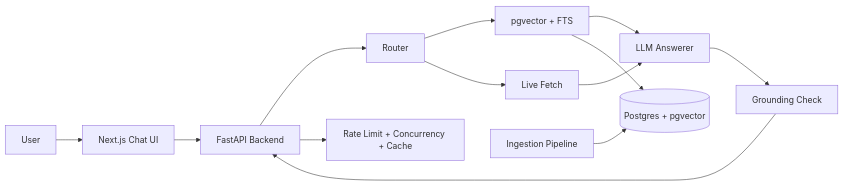
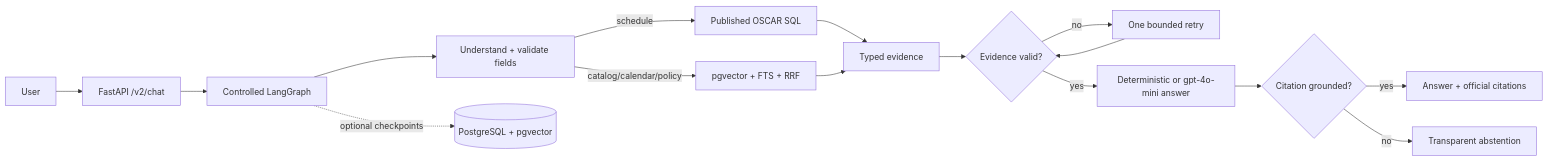
One commit to tkim602/BuzzBot-backend changed the diagram in README.md. Above: the diagram before and after it, drawn with Mermaid. The commit also changed other lines of this file and 6 other files, not shown here.

````diff
--- a/README.md
+++ b/README.md
@@ -23,15 +18,18 @@
 ```mermaid
-graph LR
-    User --> UI[Next.js Chat UI]
-    UI --> API[FastAPI Backend]
-    API --> Router
-    API --> Guardrails[Rate Limit + Concurrency + Cache]
-    Router --> Retrieval[pgvector + FTS]
-    Router --> LiveFetch[Live Fetch]
-    Retrieval --> LLM[LLM Answerer]
-    LiveFetch --> LLM
-    LLM --> Grounding[Grounding Check]
-    Grounding --> API
-    Ingestion[Ingestion Pipeline] --> DB[(Postgres + pgvector)]
-    Retrieval --> DB
+flowchart LR
+    User --> API[FastAPI /v2/chat]
+    API --> Graph[Controlled LangGraph]
+    Graph --> Understand[Understand + validate fields]
+    Understand -->|schedule| SQL[Published OSCAR SQL]
+    Understand -->|catalog/calendar/policy| Hybrid[pgvector + FTS + RRF]
+    SQL --> Evidence[Typed evidence]
+    Hybrid --> Evidence
+    Evidence --> Gate{Evidence valid?}
+    Gate -->|no| Retry[One bounded retry]
+    Retry --> Gate
+    Gate -->|yes| Answer[Deterministic or gpt-4o-mini answer]
+    Answer --> Citation{Citation grounded?}
+    Citation -->|yes| Response[Answer + official citations]
+    Citation -->|no| Abstain[Transparent abstention]
+    Graph -. optional checkpoints .-> Postgres[(PostgreSQL + pgvector)]
 ```
````
